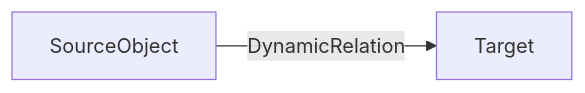
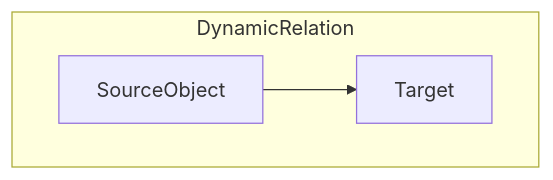
One commit to Mom0aut/DynamicRelations changed the first of 3 diagrams in README.md. Above: the diagram before and after it, drawn with Mermaid. The commit also changed other lines of this file, not shown here.

````diff
--- a/README.md
+++ b/README.md
@@ -12,4 +12,7 @@
 ```mermaid
 flowchart LR
-    SourceObject-->|DynamicRelation|Target
+    subgraph DynamicRelation
+    direction LR
+    SourceObject-->Target
+    end
 ```
````
